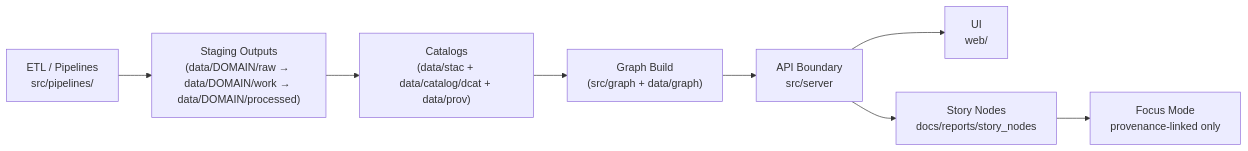
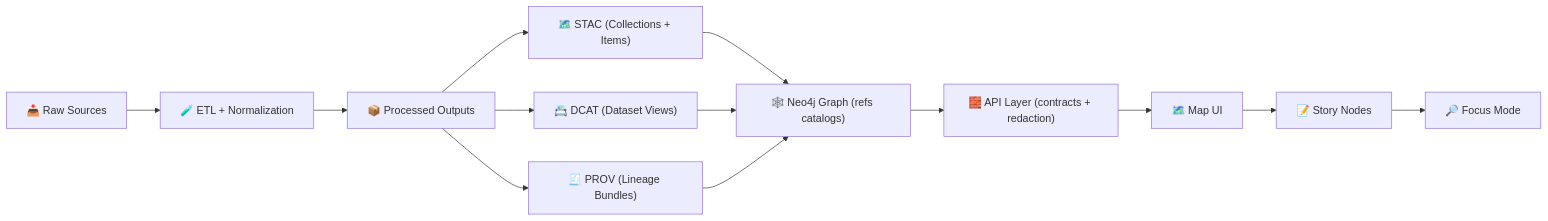
The diagram in data/prov/README.md (bartytime4life/Kansas-Frontier-Matrix), drawn with Mermaid before and after one commit. The commit also changed other lines of this file, not shown here.

````diff
--- a/data/prov/README.md
+++ b/data/prov/README.md
@@ -165,10 +94,18 @@
-~~~mermaid
+```mermaid
 flowchart LR
-  A["ETL / Pipelines\nsrc/pipelines/"] --> B["Staging Outputs\n(data/DOMAIN/raw → data/DOMAIN/work → data/DOMAIN/processed)"]
-  B --> C["Catalogs\n(data/stac + data/catalog/dcat + data/prov)"]
-  C --> D["Graph Build\n(src/graph + data/graph)"]
-  D --> E["API Boundary\nsrc/server"]
-  E --> F["UI\nweb/"]
-  E --> G["Story Nodes\ndocs/reports/story_nodes"]
-  G --> H["Focus Mode\nprovenance-linked only"]
-~~~
+  A["📥 Raw Sources"] --> B["🧪 ETL + Normalization"]
+  B --> C["📦 Processed Outputs"]
+
+  C --> S["🗺️ STAC (Collections + Items)"]
+  C --> D["📇 DCAT (Dataset Views)"]
+  C --> P["🧾 PROV (Lineage Bundles)"]
+
+  S --> G["🕸️ Neo4j Graph (refs catalogs)"]
+  D --> G
+  P --> G
+
+  G --> API["🧱 API Layer (contracts + redaction)"]
+  API --> UI["🗺️ Map UI"]
+  UI --> N["📝 Story Nodes"]
+  N --> F["🔎 Focus Mode"]
+```
````
